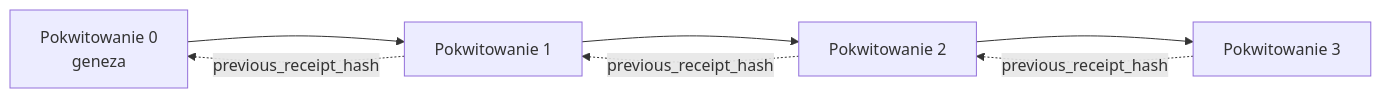
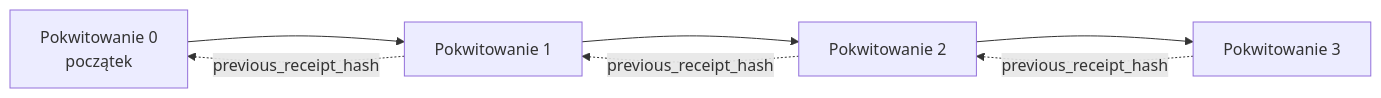
Before and after one commit to gabrielmoreira/agent-skills-mirror: the second of 2 diagrams in mirrors/repos/microsoft@ai-agents-for-beginners/translations/pl/18-securing-ai-agents/README.md, drawn with Mermaid. The commit also changed other lines of this file and 4262 other files, not shown here.

````diff
--- a/mirrors/repos/microsoft@ai-agents-for-beginners/translations/pl/18-securing-ai-agents/README.md
+++ b/mirrors/repos/microsoft@ai-agents-for-beginners/translations/pl/18-securing-ai-agents/README.md
@@ -206,9 +203,9 @@
 ```mermaid
 flowchart LR
-    R0[Pokwitowanie 0<br/>geneza] --> R1[Pokwitowanie 1]
+    R0[Pokwitowanie 0<br/>początek] --> R1[Pokwitowanie 1]
     R1 --> R2[Pokwitowanie 2]
     R2 --> R3[Pokwitowanie 3]
     R1 -. previous_receipt_hash .-> R0
     R2 -. previous_receipt_hash .-> R1
     R3 -. previous_receipt_hash .-> R2
 ```
````
